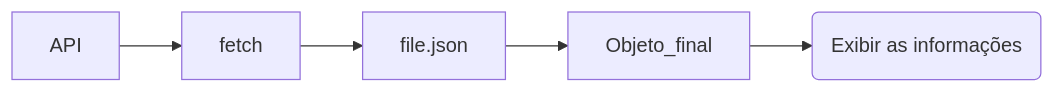
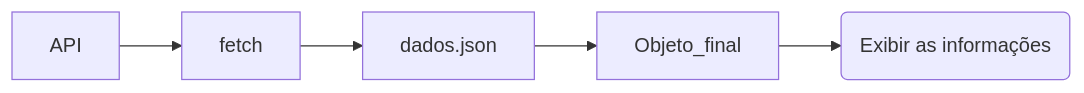
One commit to Leonardo1234321/World_Cup_Api_PEOO changed the diagram in mkdocs/docs/q5.md. Above: the diagram before and after it, drawn with Mermaid. The commit also changed other lines of this file and 1 other file, not shown here.

````diff
--- a/mkdocs/docs/q5.md
+++ b/mkdocs/docs/q5.md
@@ -20,7 +18,7 @@
 ```mermaid
 flowchart LR
     API --> fetch
-    fetch --> file.json
-    file.json --> Objeto_final
+    fetch --> dados.json
+    dados.json --> Objeto_final
     Objeto_final --> id1(Exibir as informações)
 ```
````
